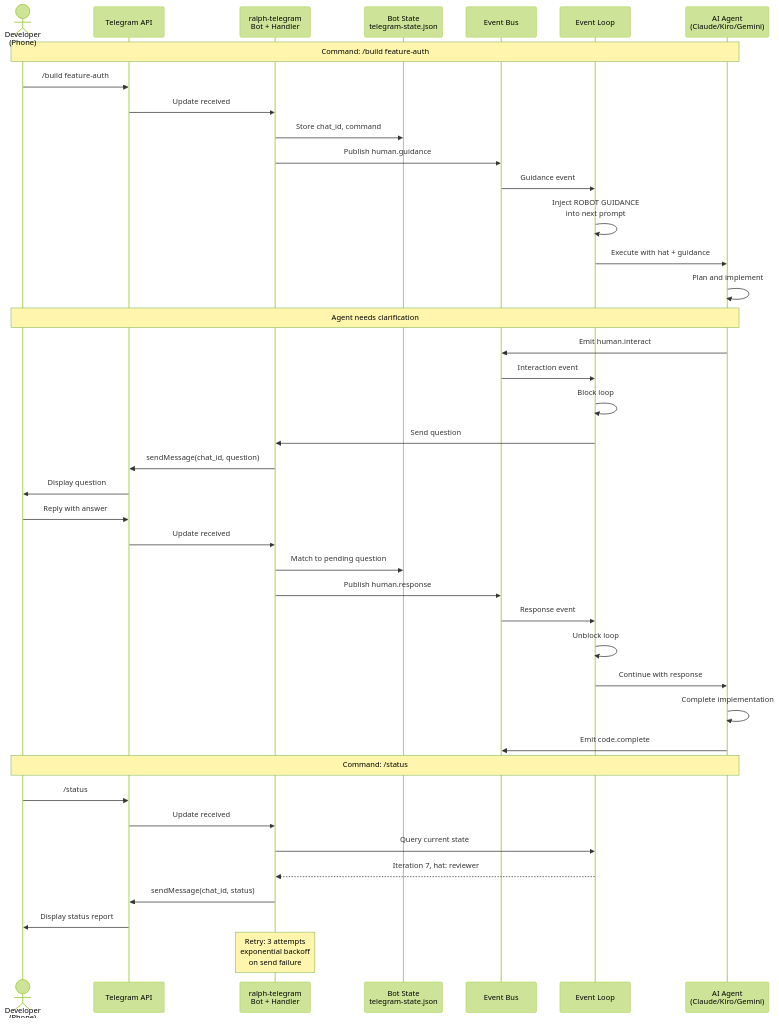
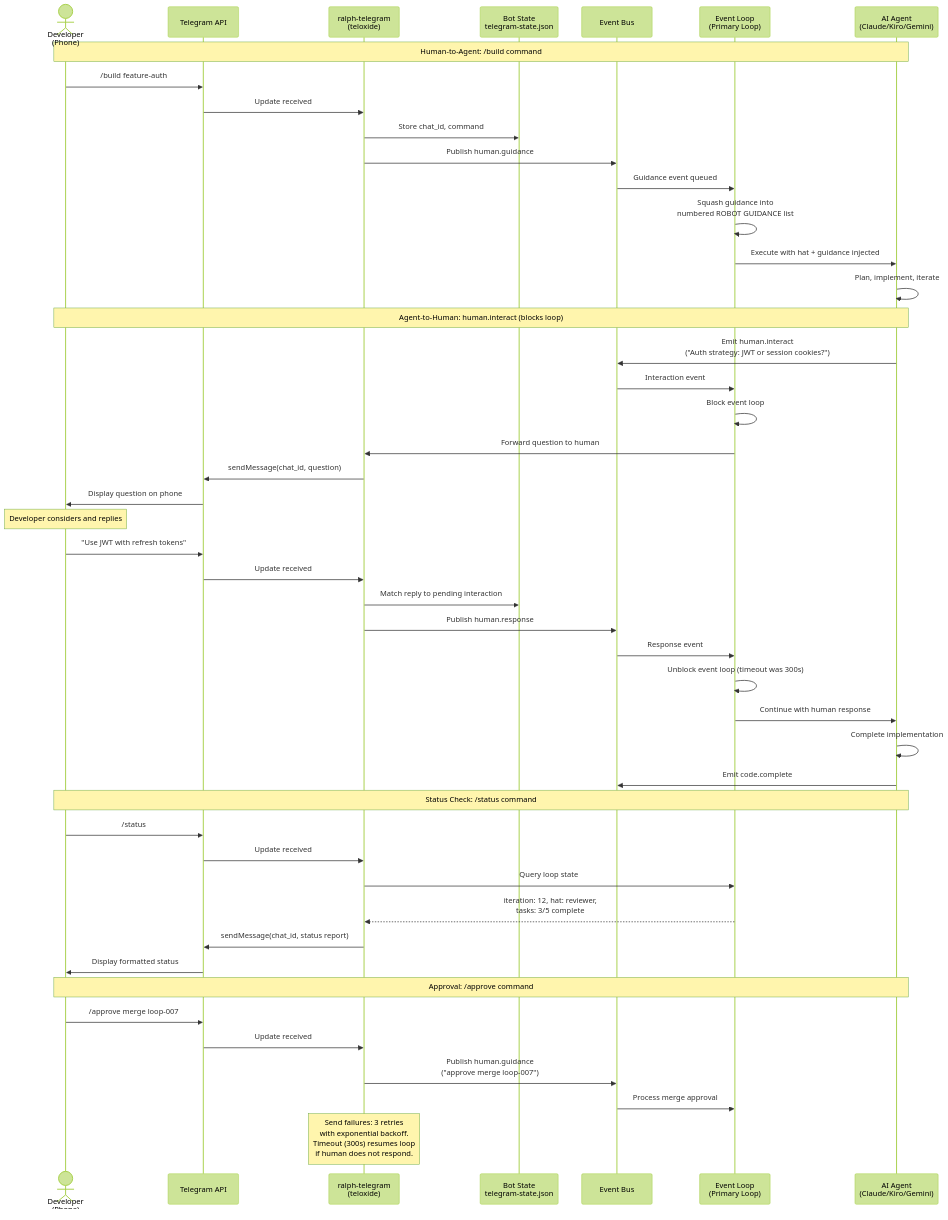
The diagram in 06-ralph-orchestrator/visuals/telegram-sequence.mermaid (krzemienski/agentic-development-guide), drawn with Mermaid (forest theme) before and after one commit. The commit also changed 17 other files, not shown here.

```diff
--- a/06-ralph-orchestrator/visuals/telegram-sequence.mermaid
+++ b/06-ralph-orchestrator/visuals/telegram-sequence.mermaid
@@ -1,53 +1,62 @@
 sequenceDiagram
     actor User as Developer<br>(Phone)
     participant TG as Telegram API
-    participant BOT as ralph-telegram<br>Bot + Handler
+    participant BOT as ralph-telegram<br>(teloxide)
     participant STATE as Bot State<br>telegram-state.json
     participant BUS as Event Bus
-    participant EL as Event Loop
+    participant EL as Event Loop<br>(Primary Loop)
     participant AGENT as AI Agent<br>(Claude/Kiro/Gemini)
 
-    Note over User,AGENT: Command: /build feature-auth
+    Note over User,AGENT: Human-to-Agent: /build command
 
     User->>TG: /build feature-auth
     TG->>BOT: Update received
     BOT->>STATE: Store chat_id, command
     BOT->>BUS: Publish human.guidance
-    BUS->>EL: Guidance event
+    BUS->>EL: Guidance event queued
 
-    EL->>EL: Inject ROBOT GUIDANCE<br>into next prompt
-    EL->>AGENT: Execute with hat + guidance
+    EL->>EL: Squash guidance into<br>numbered ROBOT GUIDANCE list
+    EL->>AGENT: Execute with hat + guidance injected
 
-    AGENT->>AGENT: Plan and implement
+    AGENT->>AGENT: Plan, implement, iterate
 
-    Note over AGENT,User: Agent needs clarification
+    Note over AGENT,User: Agent-to-Human: human.interact (blocks loop)
 
-    AGENT->>BUS: Emit human.interact
+    AGENT->>BUS: Emit human.interact<br>("Auth strategy: JWT or session cookies?")
     BUS->>EL: Interaction event
-    EL->>EL: Block loop
-    EL->>BOT: Send question
+    EL->>EL: Block event loop
+    EL->>BOT: Forward question to human
     BOT->>TG: sendMessage(chat_id, question)
-    TG->>User: Display question
+    TG->>User: Display question on phone
 
-    User->>TG: Reply with answer
+    Note over User: Developer considers and replies
+
+    User->>TG: "Use JWT with refresh tokens"
     TG->>BOT: Update received
-    BOT->>STATE: Match to pending question
+    BOT->>STATE: Match reply to pending interaction
     BOT->>BUS: Publish human.response
     BUS->>EL: Response event
-    EL->>EL: Unblock loop
+    EL->>EL: Unblock event loop (timeout was 300s)
 
-    EL->>AGENT: Continue with response
+    EL->>AGENT: Continue with human response
 
     AGENT->>AGENT: Complete implementation
     AGENT->>BUS: Emit code.complete
 
-    Note over User,AGENT: Command: /status
+    Note over User,AGENT: Status Check: /status command
 
     User->>TG: /status
     TG->>BOT: Update received
-    BOT->>EL: Query current state
-    EL-->>BOT: Iteration 7, hat: reviewer
-    BOT->>TG: sendMessage(chat_id, status)
-    TG->>User: Display status report
+    BOT->>EL: Query loop state
+    EL-->>BOT: iteration: 12, hat: reviewer,<br>tasks: 3/5 complete
+    BOT->>TG: sendMessage(chat_id, status report)
+    TG->>User: Display formatted status
 
-    Note over BOT: Retry: 3 attempts<br>exponential backoff<br>on send failure
+    Note over User,AGENT: Approval: /approve command
+
+    User->>TG: /approve merge loop-007
+    TG->>BOT: Update received
+    BOT->>BUS: Publish human.guidance<br>("approve merge loop-007")
+    BUS->>EL: Process merge approval
+
+    Note over BOT: Send failures: 3 retries<br>with exponential backoff.<br>Timeout (300s) resumes loop<br>if human does not respond.
```
